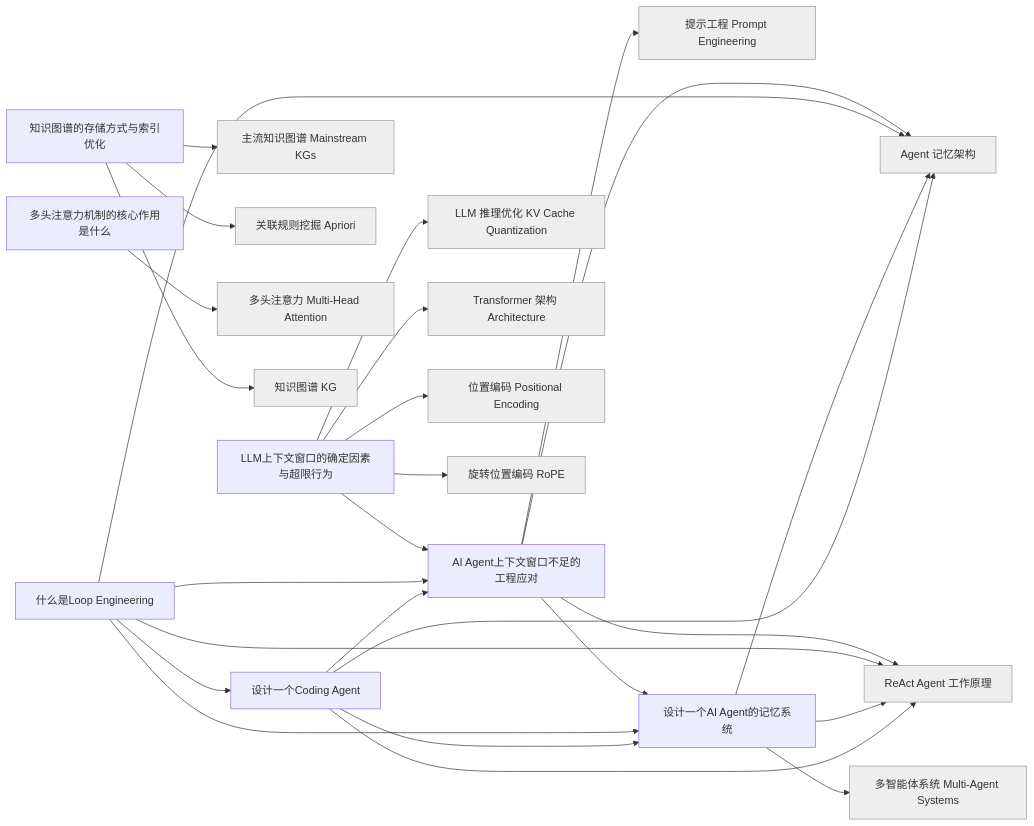
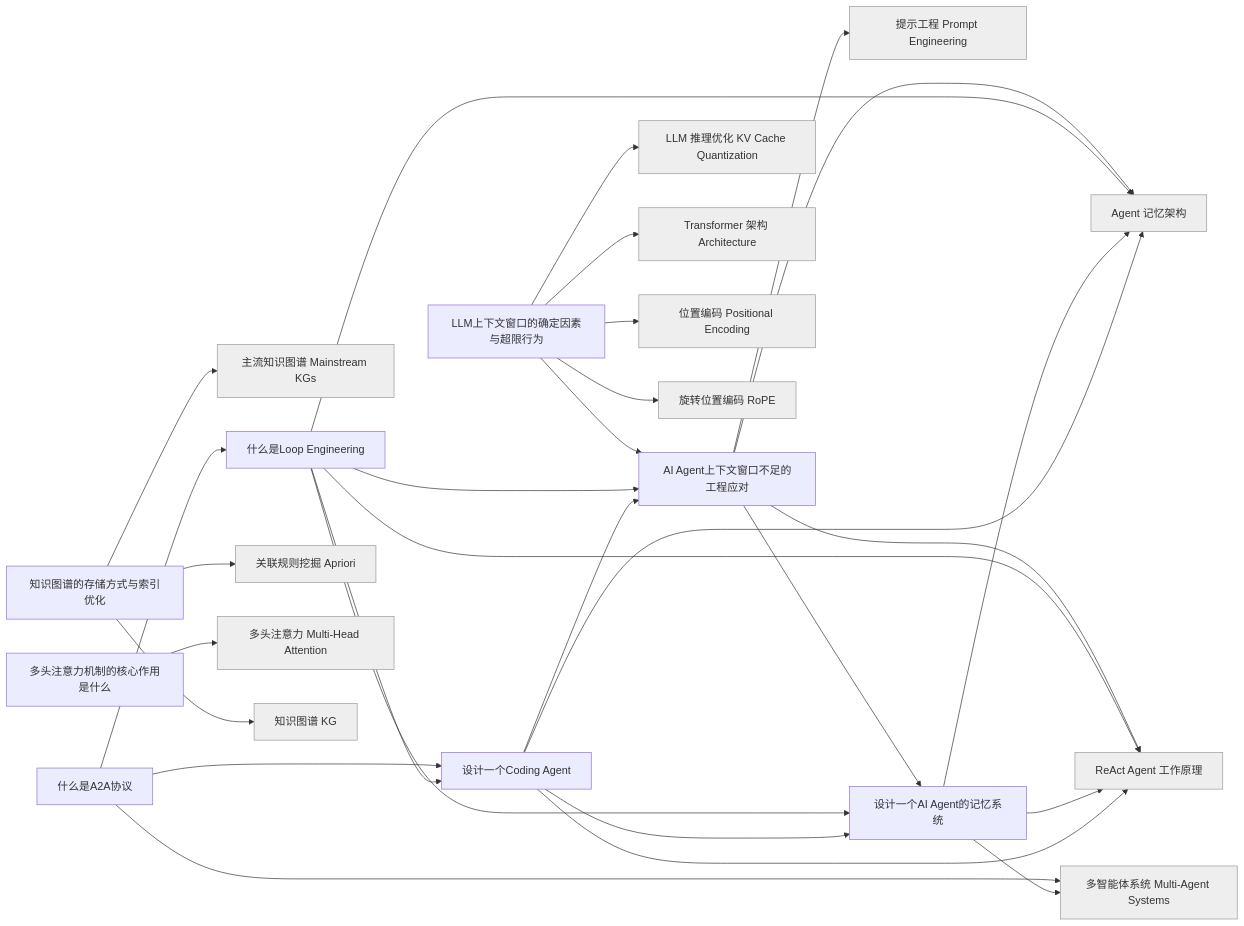
The diagram in interview-graph.md (codingfeng-fufu/radar-loom), drawn with Mermaid before and after one commit. The commit also changed other lines of this file and 6 other files, not shown here.

First line of the commit message:
radar: 新增工程面试页《什么是A2A协议》

````diff
--- a/interview-graph.md
+++ b/interview-graph.md
@@ -5,48 +5,52 @@
 ```mermaid
 graph LR
     AI_Agent上下文窗口不足的工程应对["AI Agent上下文窗口不足的工程应对"]
     Agent_记忆架构["Agent 记忆架构"]:::ext
     LLM_推理优化_KV_Cache_Quantization["LLM 推理优化 KV Cache Quantization"]:::ext
     LLM上下文窗口的确定因素与超限行为["LLM上下文窗口的确定因素与超限行为"]
     ReAct_Agent_工作原理["ReAct Agent 工作原理"]:::ext
     Transformer_架构_Architecture["Transformer 架构 Architecture"]:::ext
     主流知识图谱_Mainstream_KGs["主流知识图谱 Mainstream KGs"]:::ext
+    什么是A2A协议["什么是A2A协议"]
     什么是Loop_Engineering["什么是Loop Engineering"]
     位置编码_Positional_Encoding["位置编码 Positional Encoding"]:::ext
     关联规则挖掘_Apriori["关联规则挖掘 Apriori"]:::ext
     多头注意力_Multi_Head_Attention["多头注意力 Multi-Head Attention"]:::ext
     多头注意力机制的核心作用是什么["多头注意力机制的核心作用是什么"]
     多智能体系统_Multi_Agent_Systems["多智能体系统 Multi-Agent Systems"]:::ext
     提示工程_Prompt_Engineering["提示工程 Prompt Engineering"]:::ext
     旋转位置编码_RoPE["旋转位置编码 RoPE"]:::ext
     知识图谱_KG["知识图谱 KG"]:::ext
     知识图谱的存储方式与索引优化["知识图谱的存储方式与索引优化"]
     设计一个AI_Agent的记忆系统["设计一个AI Agent的记忆系统"]
     设计一个Coding_Agent["设计一个Coding Agent"]
     AI_Agent上下文窗口不足的工程应对 --> Agent_记忆架构
     AI_Agent上下文窗口不足的工程应对 --> ReAct_Agent_工作原理
     AI_Agent上下文窗口不足的工程应对 --> 提示工程_Prompt_Engineering
     AI_Agent上下文窗口不足的工程应对 --> 设计一个AI_Agent的记忆系统
     LLM上下文窗口的确定因素与超限行为 --> AI_Agent上下文窗口不足的工程应对
     LLM上下文窗口的确定因素与超限行为 --> LLM_推理优化_KV_Cache_Quantization
     LLM上下文窗口的确定因素与超限行为 --> Transformer_架构_Architecture
     LLM上下文窗口的确定因素与超限行为 --> 位置编码_Positional_Encoding
     LLM上下文窗口的确定因素与超限行为 --> 旋转位置编码_RoPE
+    什么是A2A协议 --> 什么是Loop_Engineering
+    什么是A2A协议 --> 多智能体系统_Multi_Agent_Systems
+    什么是A2A协议 --> 设计一个Coding_Agent
     什么是Loop_Engineering --> AI_Agent上下文窗口不足的工程应对
     什么是Loop_Engineering --> Agent_记忆架构
     什么是Loop_Engineering --> ReAct_Agent_工作原理
     什么是Loop_Engineering --> 设计一个AI_Agent的记忆系统
     什么是Loop_Engineering --> 设计一个Coding_Agent
     多头注意力机制的核心作用是什么 --> 多头注意力_Multi_Head_Attention
     知识图谱的存储方式与索引优化 --> 主流知识图谱_Mainstream_KGs
     知识图谱的存储方式与索引优化 --> 关联规则挖掘_Apriori
     知识图谱的存储方式与索引优化 --> 知识图谱_KG
     设计一个AI_Agent的记忆系统 --> Agent_记忆架构
     设计一个AI_Agent的记忆系统 --> ReAct_Agent_工作原理
     设计一个AI_Agent的记忆系统 --> 多智能体系统_Multi_Agent_Systems
     设计一个Coding_Agent --> AI_Agent上下文窗口不足的工程应对
     设计一个Coding_Agent --> Agent_记忆架构
     设计一个Coding_Agent --> ReAct_Agent_工作原理
     设计一个Coding_Agent --> 设计一个AI_Agent的记忆系统
     classDef ext fill:#eee,stroke:#999;
 ```
````
